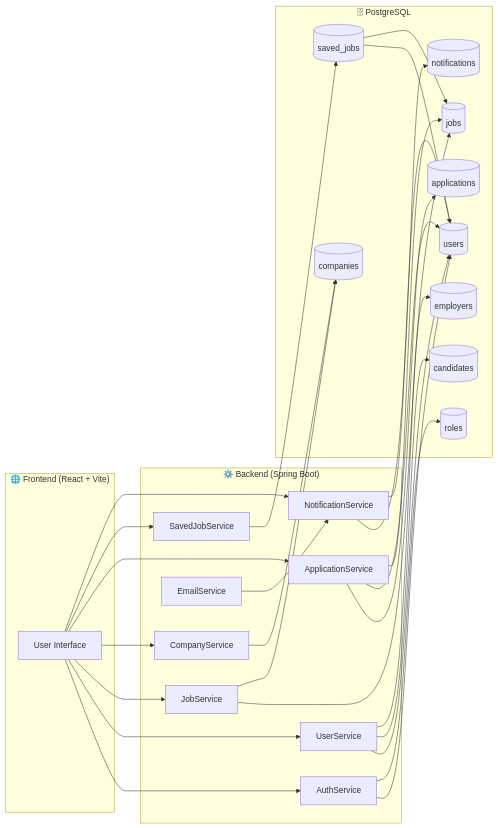
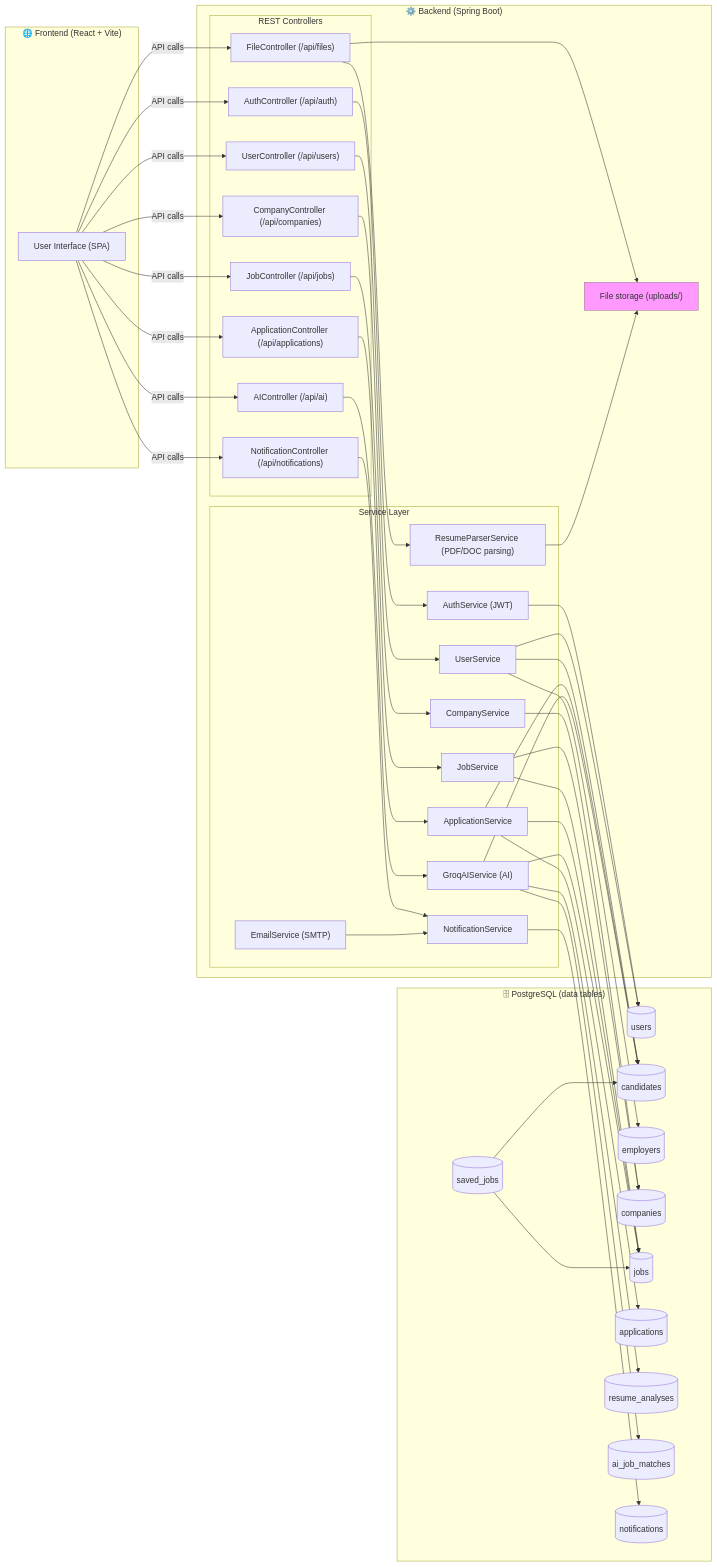
One commit to parthibCsaha/Job-Portal changed the first of 2 diagrams in README.md. Above: the diagram before and after it, drawn with Mermaid.

````diff
--- a/README.md
+++ b/README.md
@@ -52,68 +52,94 @@
 ```mermaid
 flowchart LR
-
-    %% ======================= CLIENT ======================
     subgraph Client["🌐 Frontend (React + Vite)"]
-        UI["User Interface"]
+        UI["User Interface (SPA)"]
     end
 
-    %% ======================= BACKEND ======================
     subgraph Server["⚙️ Backend (Spring Boot)"]
-        AuthService["AuthService"]
-        UserService["UserService"]
-        JobService["JobService"]
-        CompanyService["CompanyService"]
-        ApplicationService["ApplicationService"]
-        SavedJobService["SavedJobService"]
-        NotificationService["NotificationService"]
-        EmailService["EmailService"]
+        subgraph Controllers["REST Controllers"]
+            AuthController["AuthController (/api/auth)"]
+            UserController["UserController (/api/users)"]
+            JobController["JobController (/api/jobs)"]
+            CompanyController["CompanyController (/api/companies)"]
+            ApplicationController["ApplicationController (/api/applications)"]
+            FileController["FileController (/api/files)"]
+            AIController["AIController (/api/ai)"]
+            NotificationController["NotificationController (/api/notifications)"]
+        end
+
+        subgraph Services["Service Layer"]
+            AuthService["AuthService (JWT)"]
+            UserService["UserService"]
+            JobService["JobService"]
+            CompanyService["CompanyService"]
+            ApplicationService["ApplicationService"]
+            NotificationService["NotificationService"]
+            EmailService["EmailService (SMTP)"]
+            GroqAIService["GroqAIService (AI) "]
+            ResumeParserService["ResumeParserService (PDF/DOC parsing)"]
+        end
+
+        FileStorage["File storage (uploads/)"]
     end
 
-    %% ======================= DATABASE ======================
-    subgraph DB["🗄 PostgreSQL"]
-        UserTable[(users)]
-        CompanyTable[(companies)]
-        JobTable[(jobs)]
-        CandidateTable[(candidates)]
-        EmployerTable[(employers)]
-        ApplicationTable[(applications)]
-        SavedJobTable[(saved_jobs)]
-        NotificationTable[(notifications)]
-        RoleTable[(roles)]
+    subgraph DB["🗄 PostgreSQL (data tables)"]
+        Users[(users)]
+        Candidates[(candidates)]
+        Employers[(employers)]
+        Companies[(companies)]
+        Jobs[(jobs)]
+        Applications[(applications)]
+        SavedJobs[(saved_jobs)]
+        ResumeAnalyses[(resume_analyses)]
+        AIJobMatches[(ai_job_matches)]
+        Notifications[(notifications)]
     end
 
-    %% ======================= UI TO API =====================
-    UI --> AuthService
-    UI --> UserService
-    UI --> JobService
-    UI --> CompanyService
-    UI --> ApplicationService
-    UI --> SavedJobService
-    UI --> NotificationService
+    %% Client -> Controllers
+    UI -->|API calls| AuthController
+    UI -->|API calls| UserController
+    UI -->|API calls| JobController
+    UI -->|API calls| CompanyController
+    UI -->|API calls| ApplicationController
+    UI -->|API calls| FileController
+    UI -->|API calls| AIController
+    UI -->|API calls| NotificationController
 
-    %% ======================= SERVICES TO DATABASE ==========
-    AuthService --> UserTable
-    AuthService --> RoleTable
+    %% Controllers -> Services
+    AuthController --> AuthService
+    UserController --> UserService
+    JobController --> JobService
+    CompanyController --> CompanyService
+    ApplicationController --> ApplicationService
+    FileController --> ResumeParserService
+    FileController --> FileStorage
+    AIController --> GroqAIService
+    NotificationController --> NotificationService
 
-    UserService --> UserTable
-    UserService --> CandidateTable
-    UserService --> EmployerTable
+    %% Services -> DB / Storage
+    AuthService --> Users
+    UserService --> Users
+    UserService --> Candidates
+    UserService --> Employers
+    CompanyService --> Companies
+    JobService --> Jobs
+    JobService --> Companies
+    ApplicationService --> Applications
+    ApplicationService --> Jobs
+    ApplicationService --> Candidates
+    ResumeParserService --> FileStorage
+    GroqAIService --> AIJobMatches
+    GroqAIService --> ResumeAnalyses
+    GroqAIService --> Jobs
+    GroqAIService --> Candidates
+    NotificationService --> Notifications
+    EmailService --> NotificationService
 
-    CompanyService --> CompanyTable
+    %% Saved jobs relation
+    SavedJobs --> Candidates
+    SavedJobs --> Jobs
 
-    JobService --> JobTable
-    JobService --> CompanyTable
-
-    ApplicationService --> ApplicationTable
-    ApplicationService --> UserTable
-    ApplicationService --> JobTable
-
-    SavedJobService --> SavedJobTable
-    SavedJobTable --> UserTable
-    SavedJobTable --> JobTable
-
-    NotificationService --> NotificationTable
-    NotificationService --> UserTable
-
-    EmailService --> NotificationService
+    %% Notes
+    classDef note fill:#f9f,stroke:#333,stroke-width:0.5;
+    FileStorage:::note
 ```
````
